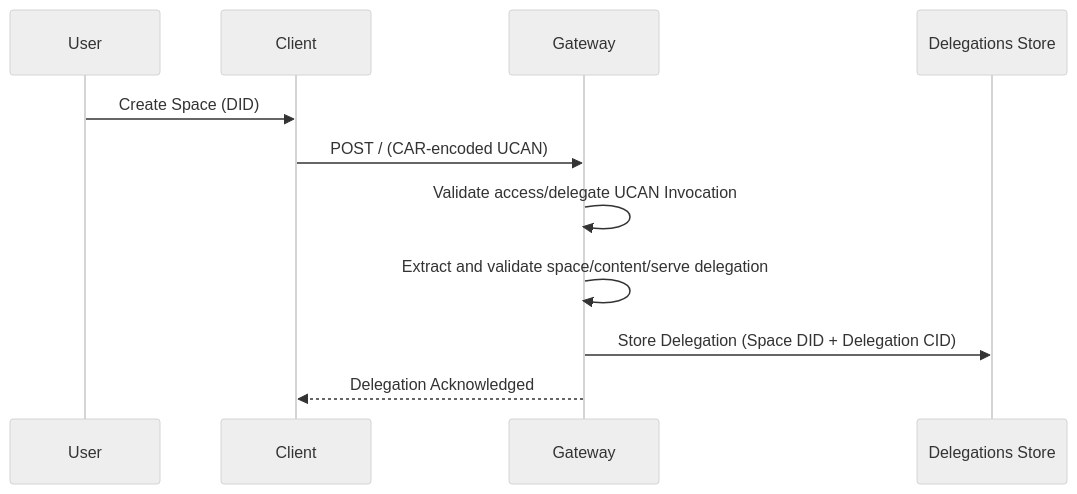
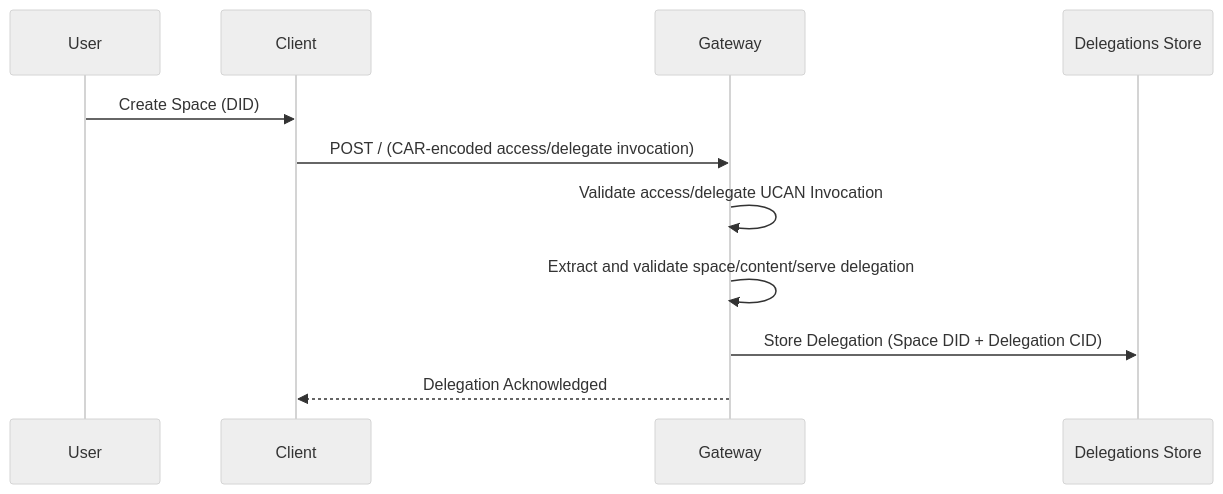
One commit to storacha/specs changed the first of 2 diagrams in content-serve-auth.md. Above: the diagram before and after it, drawn with Mermaid (neutral theme). The commit also changed other lines of this file, not shown here.

````diff
--- a/content-serve-auth.md
+++ b/content-serve-auth.md
@@ -25,14 +28,14 @@
 ```mermaid
 sequenceDiagram
     participant User
     participant Client
     participant Gateway
     participant Delegations Store
 
     User->>Client: Create Space (DID)
-    Client->>Gateway: POST / (CAR-encoded UCAN)
+    Client->>Gateway: POST / (CAR-encoded access/delegate invocation)
     Gateway->>Gateway: Validate access/delegate UCAN Invocation
     Gateway->>Gateway: Extract and validate space/content/serve delegation
     Gateway->>Delegations Store: Store Delegation (Space DID + Delegation CID)
     Gateway-->>Client: Delegation Acknowledged
 ```
````
